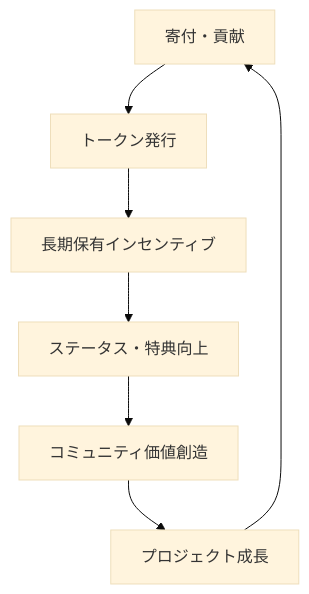
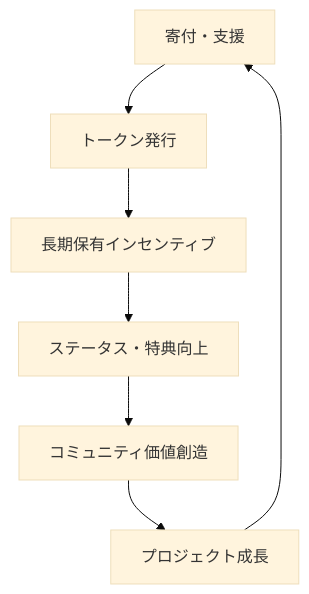
The first of 2 diagrams in docs/Hackathon-About.md (nrhrhysd616/oss-token-platform), drawn with Mermaid (base theme) before and after one commit. The commit also changed other lines of this file, not shown here.

````diff
--- a/docs/Hackathon-About.md
+++ b/docs/Hackathon-About.md
@@ -31,9 +31,9 @@
 ```mermaid
 graph TD
-    A[寄付・貢献] --> B[トークン発行]
+    A[寄付・支援] --> B[トークン発行]
     B --> C[長期保有インセンティブ]
     C --> D[ステータス・特典向上]
     D --> E[コミュニティ価値創造]
     E --> F[プロジェクト成長]
     F --> A
 ```
````
